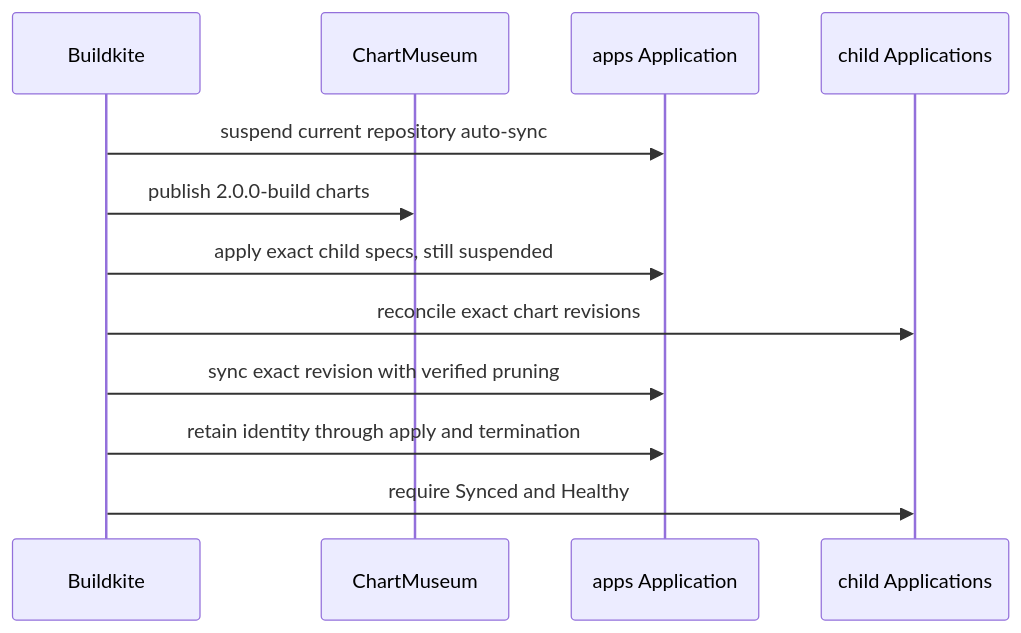
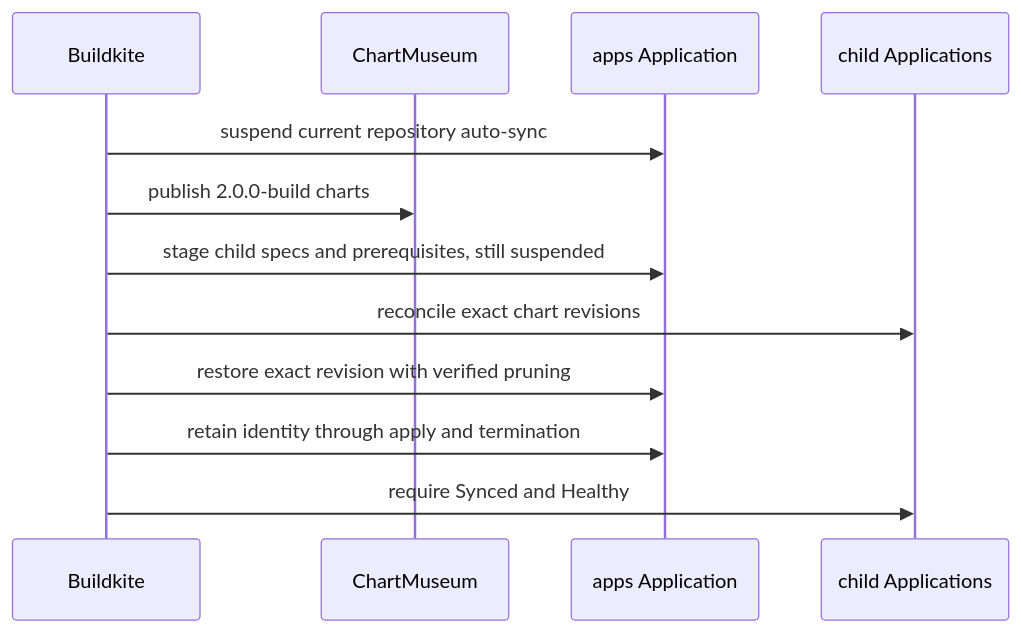
The diagram in packages/docs/wiki/src/content/docs/explanation/homelab/release-safety.md (shepherdjerred/monorepo), drawn with Mermaid before and after one commit. The commit also changed other lines of this file and 7 other files, not shown here.

First line of the commit message:
fix(ci): stage Argo prerequisites before child reconciliation

````diff
--- a/packages/docs/wiki/src/content/docs/explanation/homelab/release-safety.md
+++ b/packages/docs/wiki/src/content/docs/explanation/homelab/release-safety.md
@@ -12,17 +12,17 @@
 ```mermaid
 sequenceDiagram
   accTitle: Homelab release sequence
-  accDescr: Buildkite suspends floating auto-sync, publishes an immutable chart set, applies the exact child specifications while suspended, reconciles child workloads, and finally restores the exact root tree with safe pruning.
+  accDescr: Buildkite suspends floating auto-sync, publishes an immutable chart set, stages exact child specifications and root prerequisites while children remain suspended, reconciles child workloads, restores the exact root tree with safe pruning, and checks scoped health.
   participant BK as Buildkite
   participant CM as ChartMuseum
   participant Root as apps Application
   participant Child as child Applications
 
   BK->>Root: suspend current repository auto-sync
   BK->>CM: publish 2.0.0-build charts
-  BK->>Root: apply exact child specs, still suspended
+  BK->>Root: stage child specs and prerequisites, still suspended
   BK->>Child: reconcile exact chart revisions
-  BK->>Root: sync exact revision with verified pruning
+  BK->>Root: restore exact revision with verified pruning
   BK->>Root: retain identity through apply and termination
   BK->>Child: require Synced and Healthy
 ```
````
